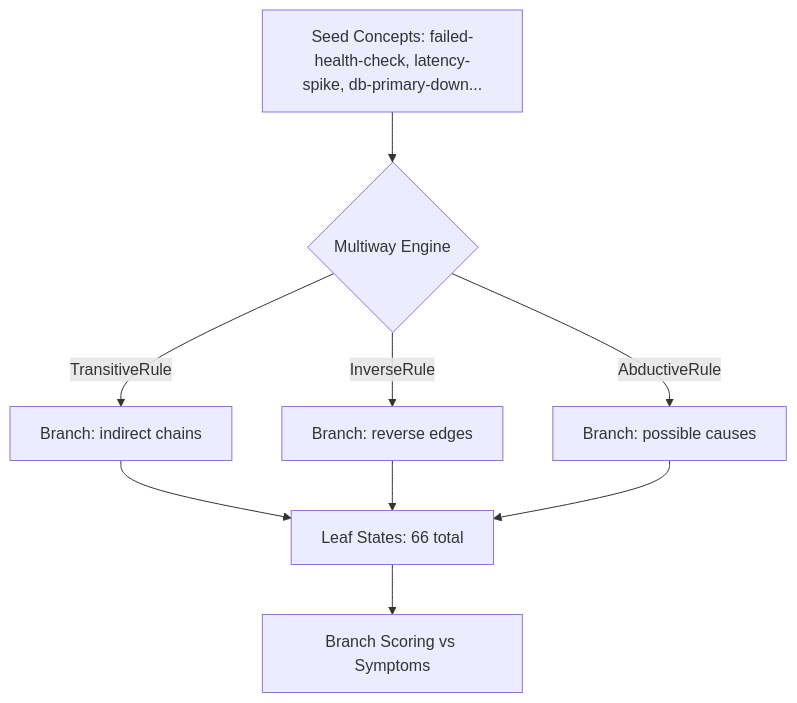
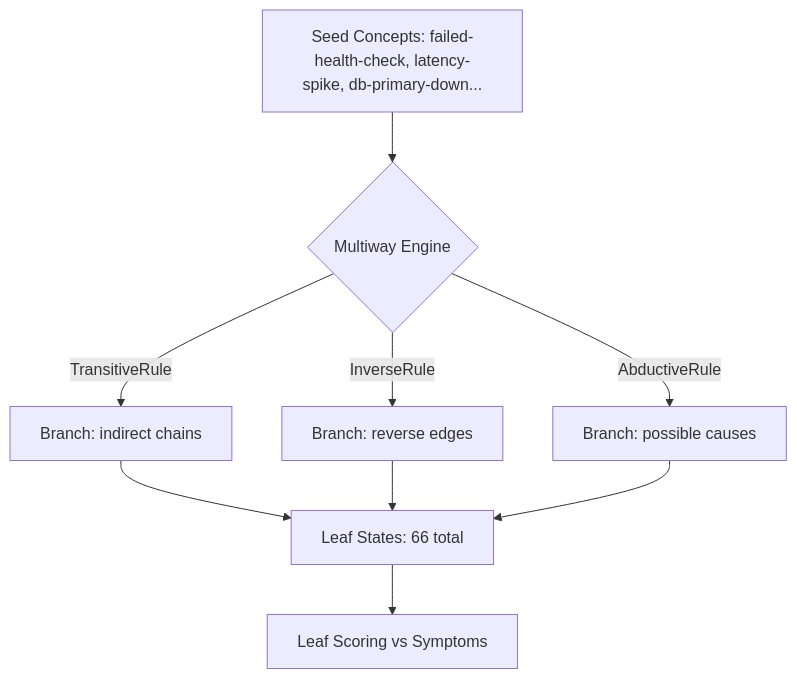
One commit to antquinonez/Hyper3 changed the second of 2 diagrams in examples/showcase/reasoning/multiway_reasoning/slides.md. Above: the diagram before and after it, drawn with Mermaid. The commit also changed other lines of this file and 13 other files, not shown here.

````diff
--- a/examples/showcase/reasoning/multiway_reasoning/slides.md
+++ b/examples/showcase/reasoning/multiway_reasoning/slides.md
@@ -135,12 +134,12 @@
 ```mermaid
 graph TD
     SEED["Seed Concepts: failed-health-check, latency-spike, db-primary-down..."]
     SEED --> MW{"Multiway Engine"}
     MW -->|"TransitiveRule"| B1["Branch: indirect chains"]
     MW -->|"InverseRule"| B2["Branch: reverse edges"]
     MW -->|"AbductiveRule"| B3["Branch: possible causes"]
     B1 --> LEAF["Leaf States: 66 total"]
     B2 --> LEAF
     B3 --> LEAF
-    LEAF --> SCORE["Branch Scoring vs Symptoms"]
+    LEAF --> SCORE["Leaf Scoring vs Symptoms"]
 ```
````
